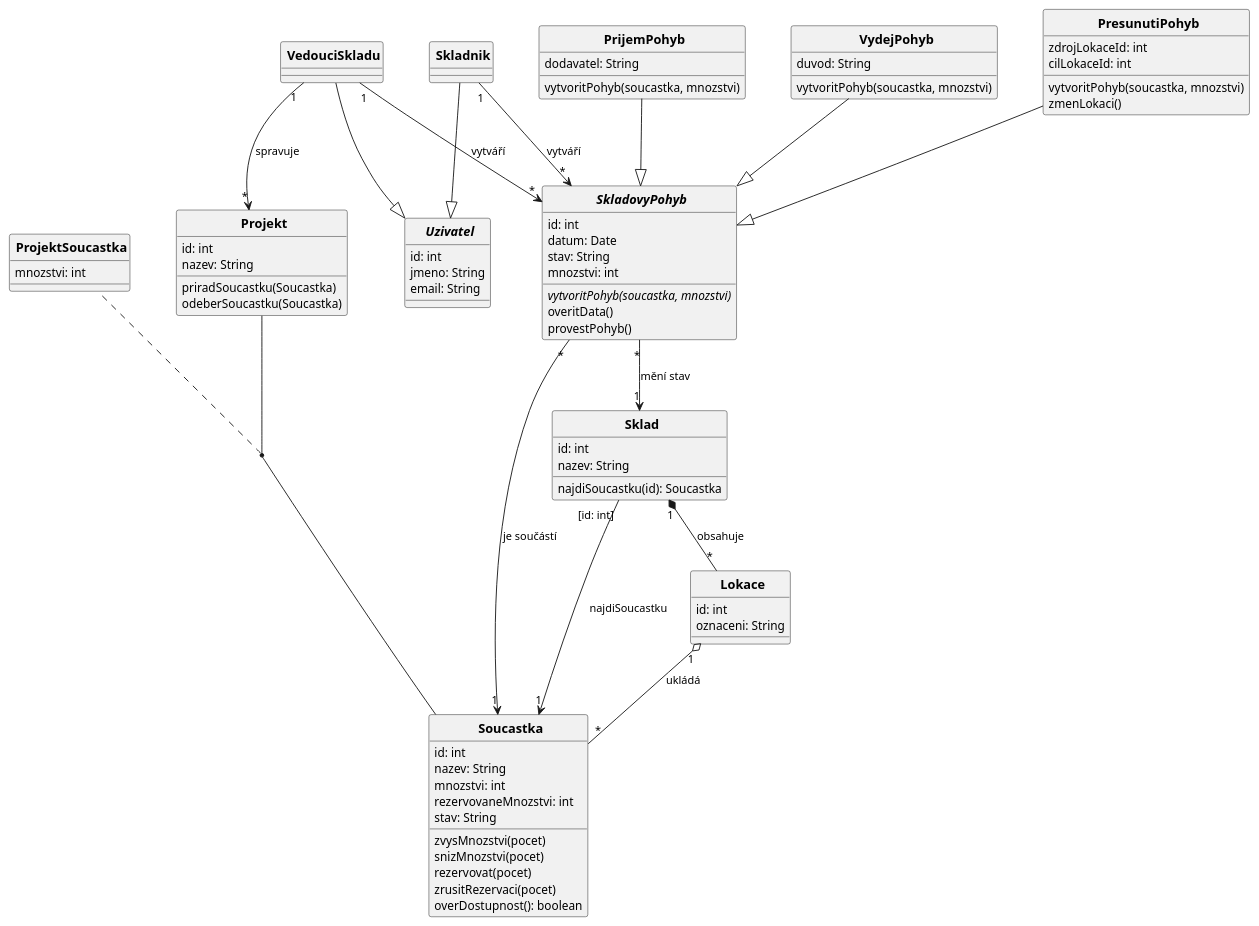
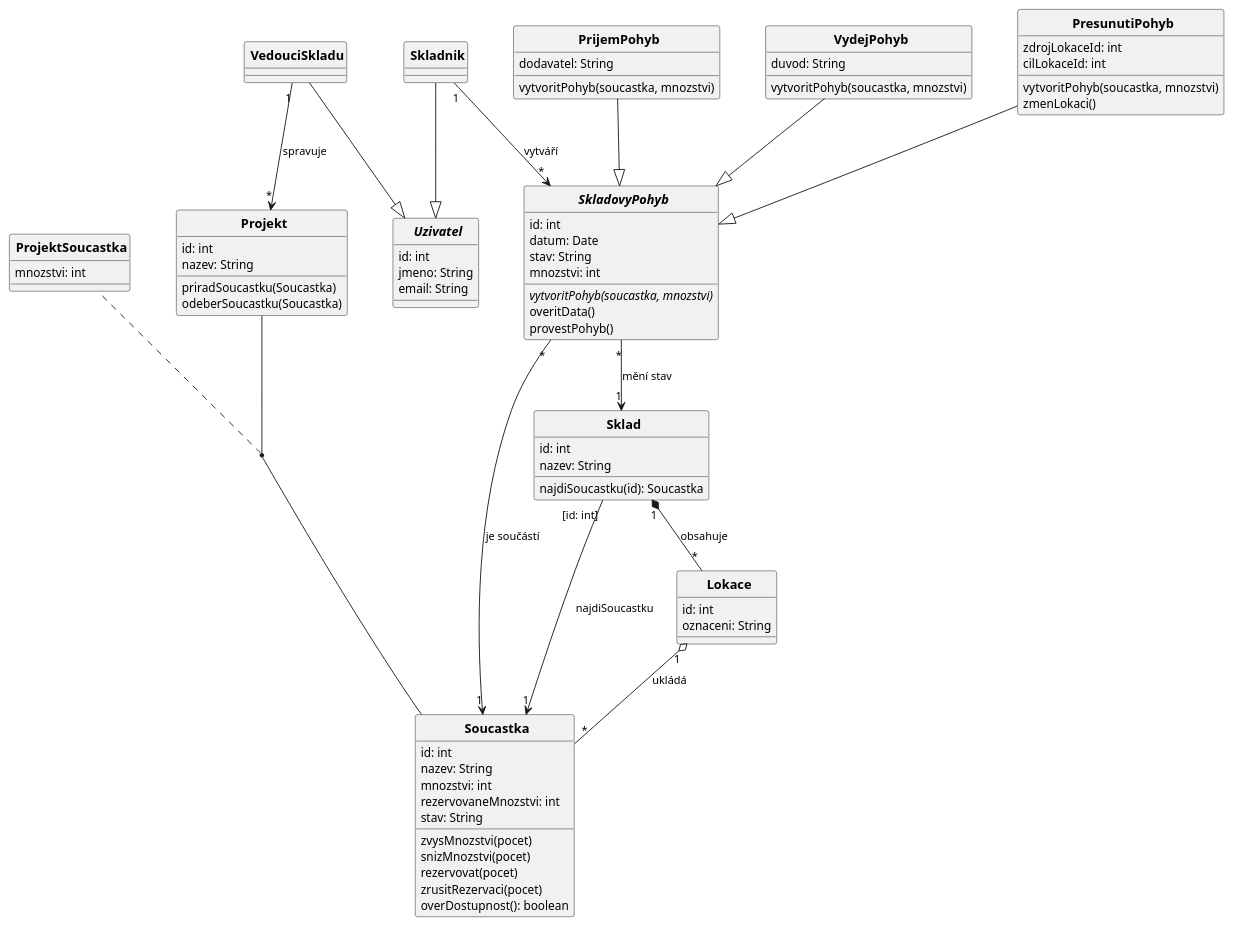
One commit to lkvapil/kOdevzdaniProjektWMS changed the diagram in diagrams/02_class_diagram.puml. Above: the diagram before and after it, drawn with PlantUML. The commit also changed 7 other files, not shown here.

Commit message:
fix: vedouci skladu pouze spravuje projekt, odstraneni UC_ADD/UC_EDIT

```diff
--- a/diagrams/02_class_diagram.puml
+++ b/diagrams/02_class_diagram.puml
@@ -1,114 +1,113 @@
 @startuml
 top to bottom direction
 skinparam CircledCharacterRadius 0
 skinparam CircledCharacterFontSize 0
 skinparam defaultFontSize 13
 skinparam classFontSize 14
 skinparam classFontStyle bold
 skinparam ArrowFontSize 12
 skinparam nodesep 50
 skinparam ranksep 60
 
 abstract class Uzivatel {
   id: int
   jmeno: String
   email: String
 }
 
 class Skladnik {
 }
 
 class VedouciSkladu {
 }
 
 class PrijemPohyb {
   dodavatel: String
   vytvoritPohyb(soucastka, mnozstvi)
 }
 
 class VydejPohyb {
   duvod: String
   vytvoritPohyb(soucastka, mnozstvi)
 }
 
 class PresunutiPohyb {
   zdrojLokaceId: int
   cilLokaceId: int
   vytvoritPohyb(soucastka, mnozstvi)
   zmenLokaci()
 }
 
 abstract class SkladovyPohyb {
   id: int
   datum: Date
   stav: String
   mnozstvi: int
   {abstract} vytvoritPohyb(soucastka, mnozstvi)
   overitData()
   provestPohyb()
 }
 
 class Projekt {
   id: int
   nazev: String
   priradSoucastku(Soucastka)
   odeberSoucastku(Soucastka)
 }
 
 class ProjektSoucastka {
   mnozstvi: int
 }
 
 class Sklad {
   id: int
   nazev: String
   najdiSoucastku(id): Soucastka
 }
 
 class Lokace {
   id: int
   oznaceni: String
 }
 
 class Soucastka {
   id: int
   nazev: String
   mnozstvi: int
   rezervovaneMnozstvi: int
   stav: String
   zvysMnozstvi(pocet)
   snizMnozstvi(pocet)
   rezervovat(pocet)
   zrusitRezervaci(pocet)
   overDostupnost(): boolean
 }
 
 ' ── Generalizace ──────────────────────────────────────────────────────────────
 PrijemPohyb    --|> SkladovyPohyb
 VydejPohyb     --|> SkladovyPohyb
 PresunutiPohyb --|> SkladovyPohyb
 Skladnik       --|> Uzivatel
 VedouciSkladu  --|> Uzivatel
 
 ' ── Atribut spojení ───────────────────────────────────────────────────────────
 (Projekt, Soucastka) .. ProjektSoucastka
 Projekt -[hidden]left- ProjektSoucastka
 
 ' ── Kvalifikovaná vazba ───────────────────────────────────────────────────────
 Sklad "[id: int]" --> "1" Soucastka : najdiSoucastku
 
 ' ── Asociace ──────────────────────────────────────────────────────────────────
 SkladovyPohyb "*" --> "1" Soucastka     : je součástí
 Sklad         "1" *-- "*" Lokace        : obsahuje
 Lokace        "1" o-- "*" Soucastka     : ukládá
 SkladovyPohyb "*" --> "1" Sklad         : mění stav
 Skladnik      "1" --> "*" SkladovyPohyb : vytváří
-VedouciSkladu "1" --> "*" SkladovyPohyb : vytváří
 VedouciSkladu "1" --> "*" Projekt       : spravuje
 
 ' ── Layout ────────────────────────────────────────────────────────────────────
 Skladnik    -[hidden]right- PrijemPohyb
 PrijemPohyb -[hidden]right- VydejPohyb
 VydejPohyb  -[hidden]right- PresunutiPohyb
 
 @enduml
```
